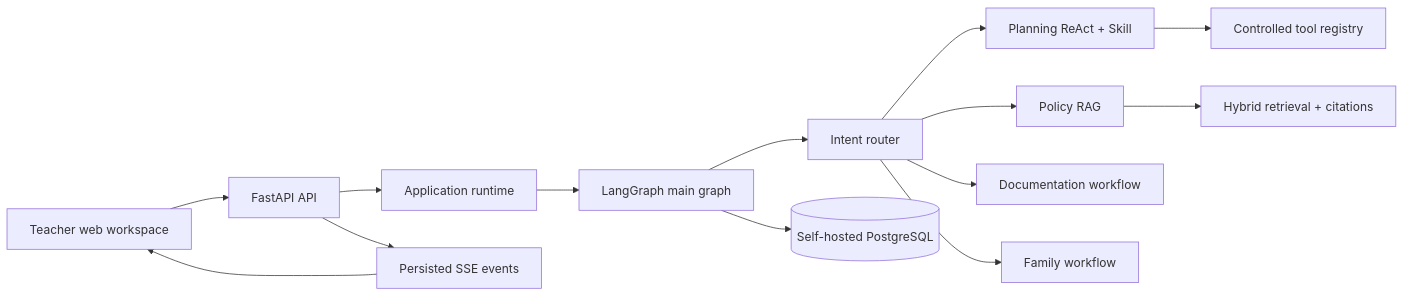
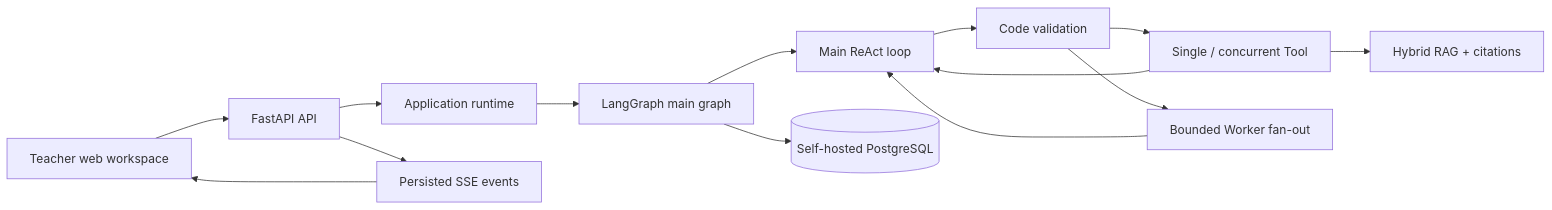
The diagram in README.md (MengC-OvO/easy-teaching), drawn with Mermaid before and after one commit. The commit also changed other lines of this file and 141 other files, not shown here.

````diff
--- a/README.md
+++ b/README.md
@@ -28,16 +34,16 @@
 ```mermaid
 flowchart LR
     Browser["Teacher web workspace"] --> API["FastAPI API"]
     API --> Runtime["Application runtime"]
     Runtime --> Graph["LangGraph main graph"]
-    Graph --> Router["Intent router"]
-    Router --> Planning["Planning ReAct + Skill"]
-    Router --> Policy["Policy RAG"]
-    Router --> Docs["Documentation workflow"]
-    Router --> Family["Family workflow"]
-    Planning --> Tools["Controlled tool registry"]
-    Policy --> Knowledge["Hybrid retrieval + citations"]
+    Graph --> Main["Main ReAct loop"]
+    Main --> Validate["Code validation"]
+    Validate --> Tools["Single / concurrent Tool"]
+    Validate --> Workers["Bounded Worker fan-out"]
+    Tools --> Main
+    Workers --> Main
+    Tools --> Knowledge["Hybrid RAG + citations"]
     Graph --> Store[("Self-hosted PostgreSQL")]
     API --> Events["Persisted SSE events"]
     Events --> Browser
 ```
````
